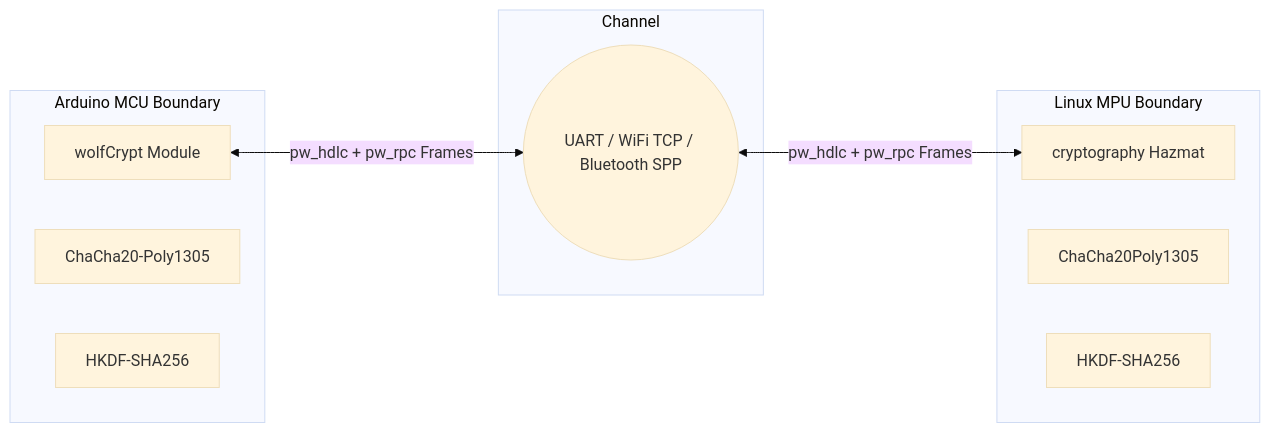
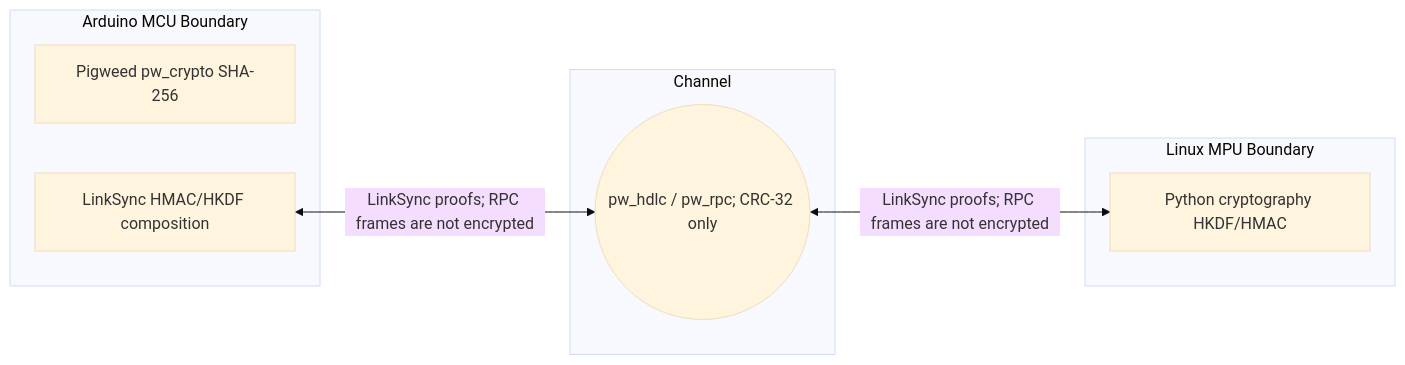
One commit to isantolin/arduino-yun-bridge2 changed the diagram in docs/security/FIPS140_3_SECURITY_POLICY.md. Above: the diagram before and after it, drawn with Mermaid (base theme). The commit also changed other lines of this file and 40 other files, not shown here.

````diff
--- a/docs/security/FIPS140_3_SECURITY_POLICY.md
+++ b/docs/security/FIPS140_3_SECURITY_POLICY.md
@@ -14,21 +12,18 @@
 ```mermaid
 graph LR
     subgraph Arduino MCU Boundary
-        A[wolfCrypt Module]
-        B[ChaCha20-Poly1305]
-        C[HKDF-SHA256]
+        A[Pigweed pw_crypto SHA-256]
+        B[LinkSync HMAC/HKDF composition]
     end
 
     subgraph Channel
-        UART((UART / WiFi TCP / Bluetooth SPP))
+        UART((pw_hdlc / pw_rpc; CRC-32 only))
     end
 
     subgraph Linux MPU Boundary
-        D[cryptography Hazmat]
-        E[ChaCha20Poly1305]
-        F[HKDF-SHA256]
+        D[Python cryptography HKDF/HMAC]
     end
 
-    A <-->|pw_hdlc + pw_rpc Frames| UART
-    UART <-->|pw_hdlc + pw_rpc Frames| D
+    B <-->|LinkSync proofs; RPC frames are not encrypted| UART
+    UART <-->|LinkSync proofs; RPC frames are not encrypted| D
 ```
````
